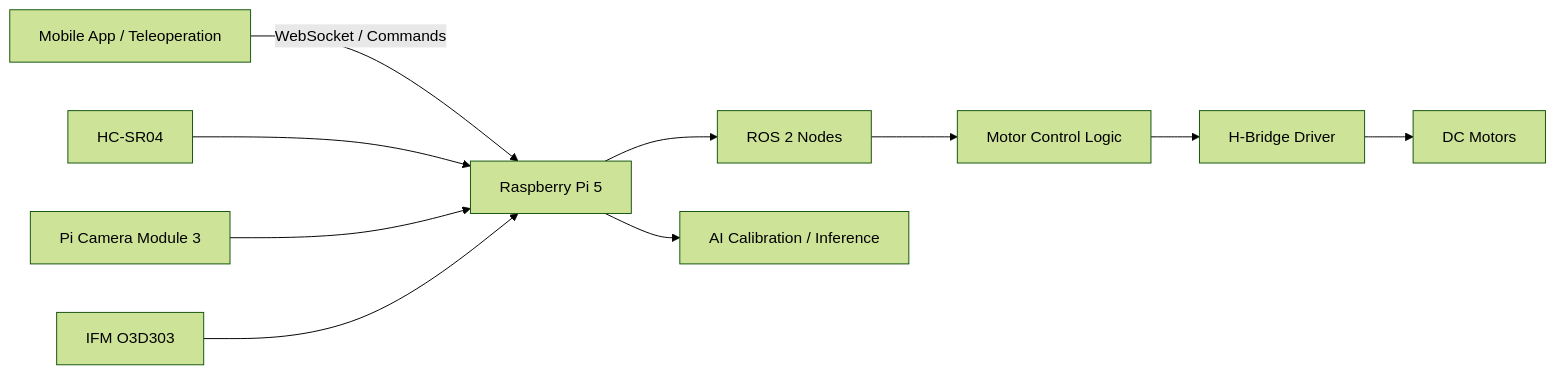
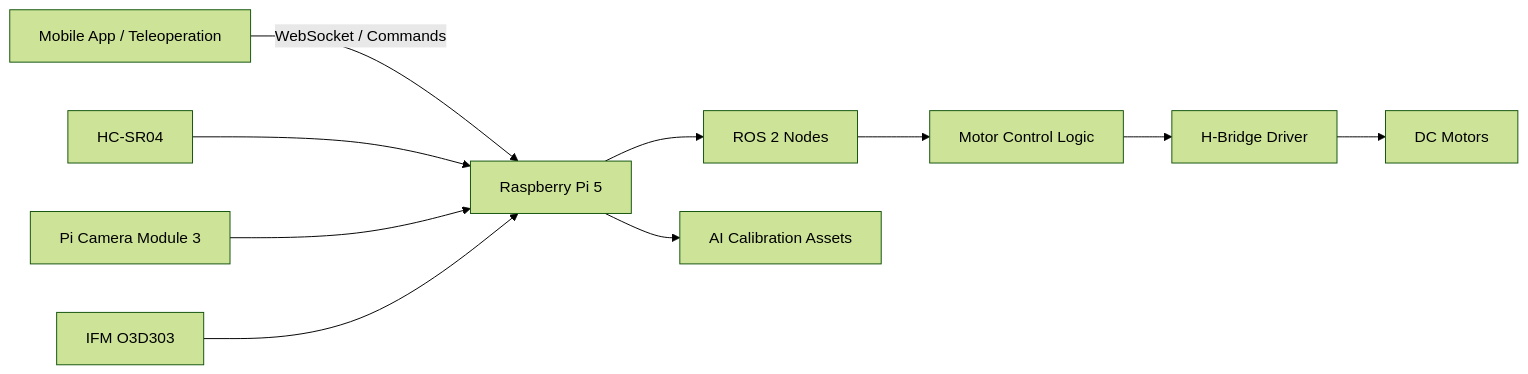
One commit to CesarN27/ros2_autonomous_docker changed the diagram in README.md. Above: the diagram before and after it, drawn with Mermaid (forest theme). The commit also changed other lines of this file and 6 other files, not shown here.

````diff
--- a/README.md
+++ b/README.md
@@ -203,12 +172,12 @@
 ```mermaid
 flowchart LR
     APP[Mobile App / Teleoperation] -->|WebSocket / Commands| PI[Raspberry Pi 5]
     HC[HC-SR04] --> PI
     CAM[Pi Camera Module 3] --> PI
     TOF[IFM O3D303] --> PI
     PI --> ROS[ROS 2 Nodes]
     ROS --> CTRL[Motor Control Logic]
     CTRL --> HBRIDGE[H-Bridge Driver]
     HBRIDGE --> MOTORS[DC Motors]
-    PI --> AI[AI Calibration / Inference]
+    PI --> AI[AI Calibration Assets]
 ```
````
